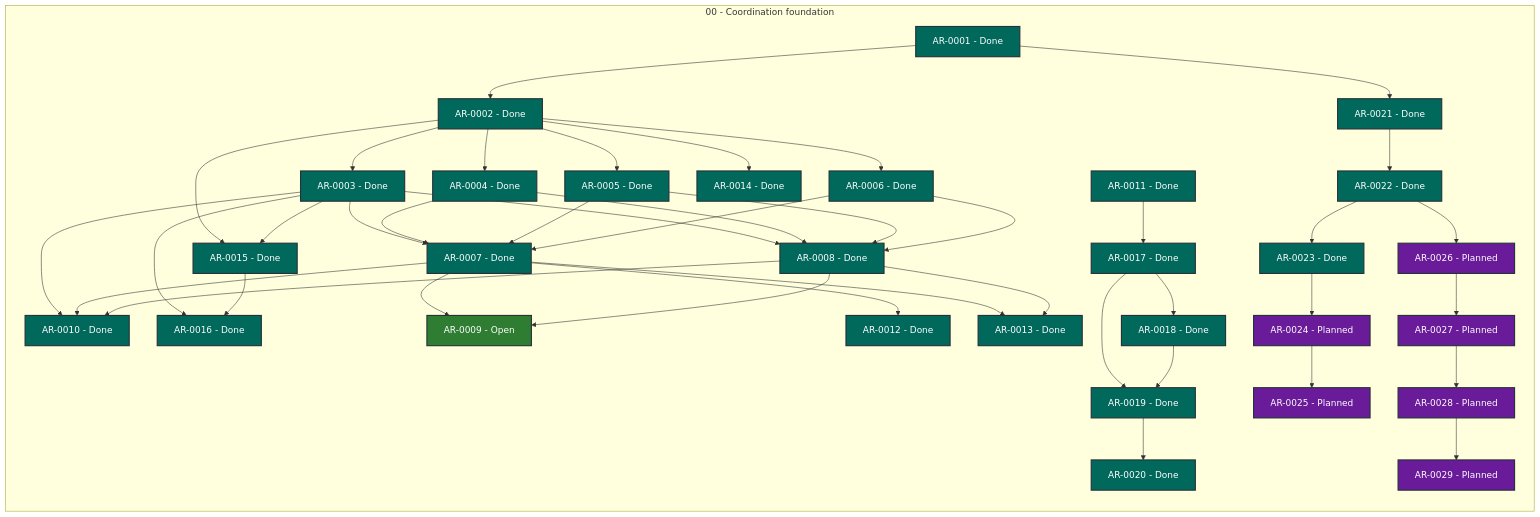
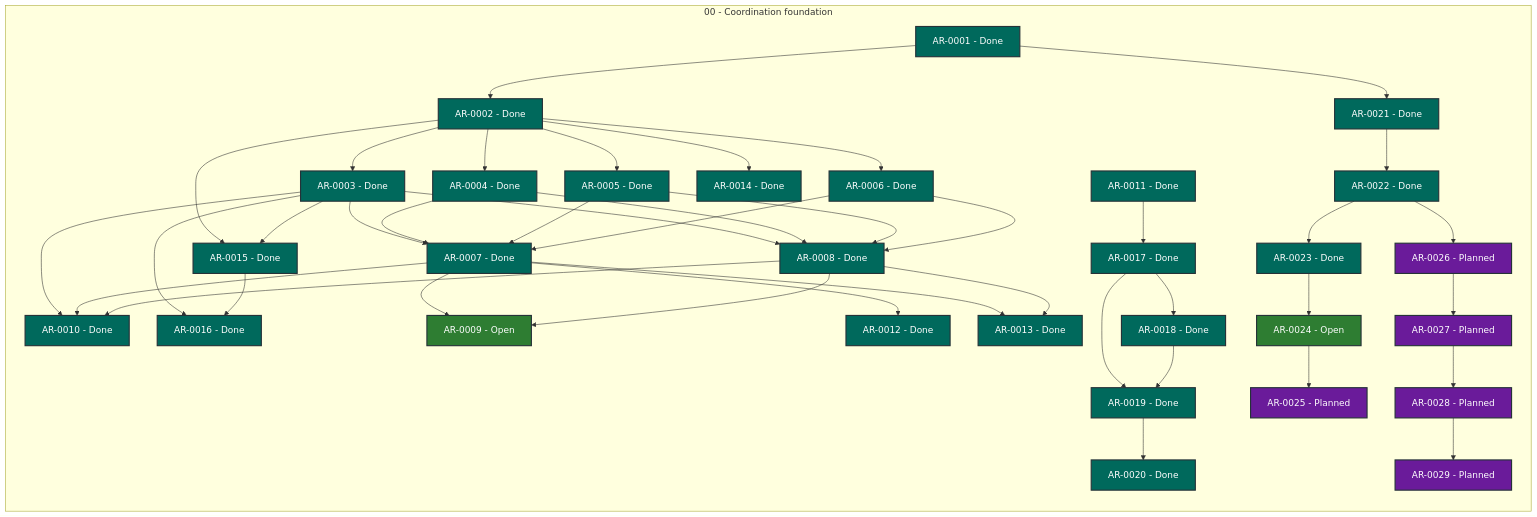
The diagram in STATUS.md (martin-beck/agent-workflow-coordinator-state), drawn with Mermaid before and after one commit. The commit also changed other lines of this file and 2 other files, not shown here.

```diff
--- a/STATUS.md
+++ b/STATUS.md
@@ -51,7 +51,7 @@
         AR_0021["AR-0021 - Done"]:::status_done
         AR_0022["AR-0022 - Done"]:::status_done
         AR_0023["AR-0023 - Done"]:::status_done
-        AR_0024["AR-0024 - Planned"]:::status_planned
+        AR_0024["AR-0024 - Open"]:::status_open
         AR_0025["AR-0025 - Planned"]:::status_planned
         AR_0026["AR-0026 - Planned"]:::status_planned
         AR_0027["AR-0027 - Planned"]:::status_planned
```
